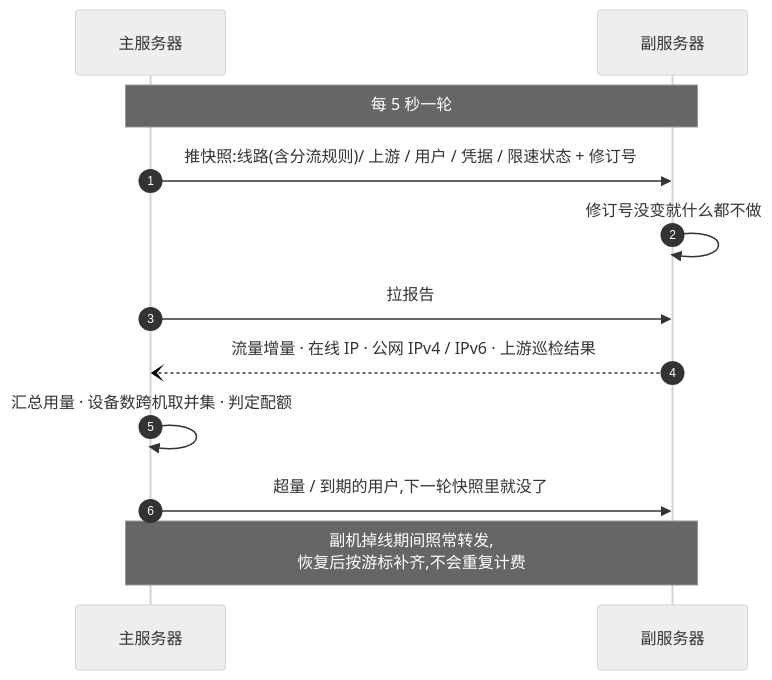
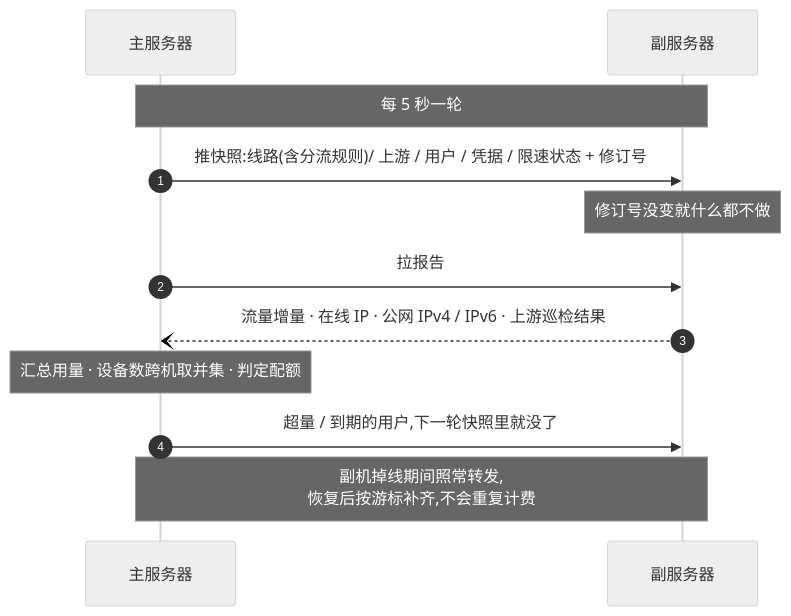
Before and after one commit to Maoyangui/m-ui: the fourth of 5 diagrams in README.md, drawn with Mermaid (neutral theme). The commit also changed other lines of this file and 1 other file, not shown here.

Commit message:
README 时序图:自己给自己的消息改成备注框(原来文字压在生命线和自环箭头上)

````diff
--- a/README.md
+++ b/README.md
@@ -200,15 +200,15 @@
 ```mermaid
 sequenceDiagram
   autonumber
   participant M as 主服务器
   participant N as 副服务器
 
   Note over M,N: 每 5 秒一轮
   M->>N: 推快照:线路(含分流规则)/ 上游 / 用户 / 凭据 / 限速状态 + 修订号
-  N->>N: 修订号没变就什么都不做
+  Note over N: 修订号没变就什么都不做
   M->>N: 拉报告
   N--)M: 流量增量 · 在线 IP · 公网 IPv4 / IPv6 · 上游巡检结果
-  M->>M: 汇总用量 · 设备数跨机取并集 · 判定配额
+  Note over M: 汇总用量 · 设备数跨机取并集 · 判定配额
   M->>N: 超量 / 到期的用户,下一轮快照里就没了
   Note over M,N: 副机掉线期间照常转发,<br/>恢复后按游标补齐,不会重复计费
 ```
````
